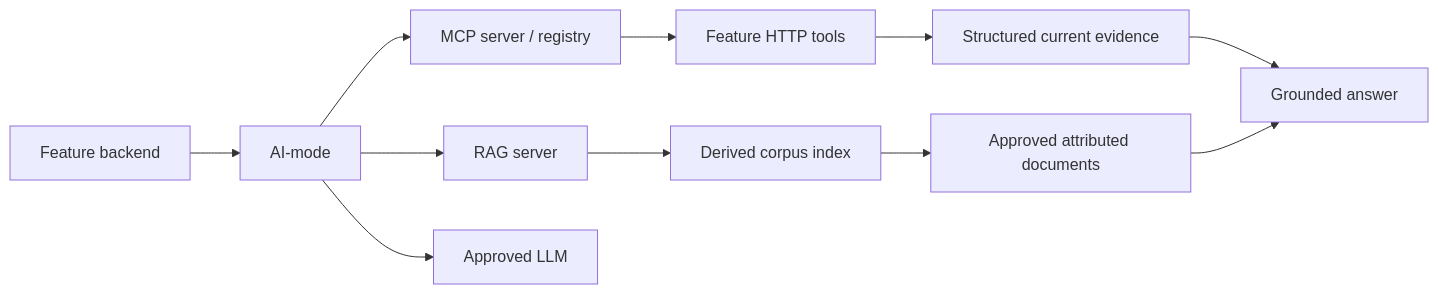
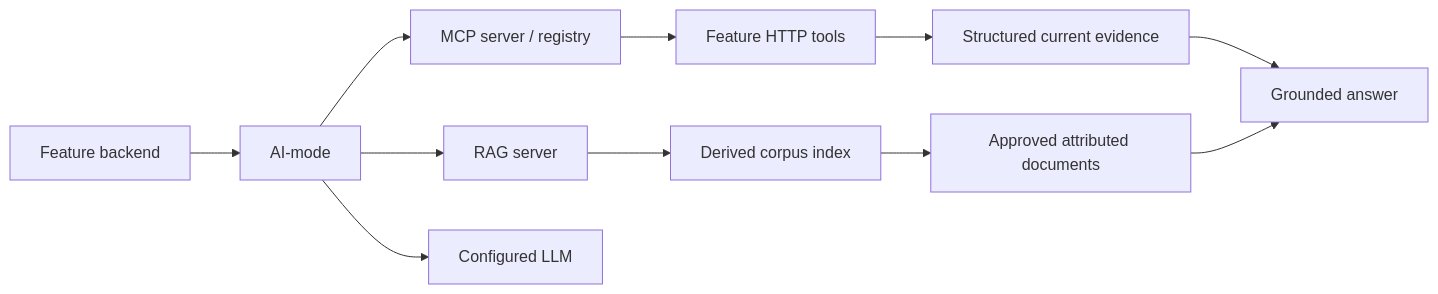
One commit to MattShelton04/41026ASDProject changed the second of 3 diagrams in docs/design/06-release-roadmap-and-assessment.md. Above: the diagram before and after it, drawn with Mermaid. The commit also changed other lines of this file and 44 other files, not shown here.

````diff
--- a/docs/design/06-release-roadmap-and-assessment.md
+++ b/docs/design/06-release-roadmap-and-assessment.md
@@ -96,14 +96,14 @@
 ```mermaid
 flowchart LR
   Feature[Feature backend] --> AI[AI-mode]
   AI --> MCP[MCP server / registry]
   MCP --> Tools[Feature HTTP tools]
   AI --> RAG[RAG server]
   RAG --> Index[Derived corpus index]
-  AI --> Ollama[Approved LLM]
+  AI --> OpenAI[Configured LLM]
 
   Tools --> Evidence[Structured current evidence]
   Index --> Docs[Approved attributed documents]
   Evidence --> Answer[Grounded answer]
   Docs --> Answer
 ```
````
